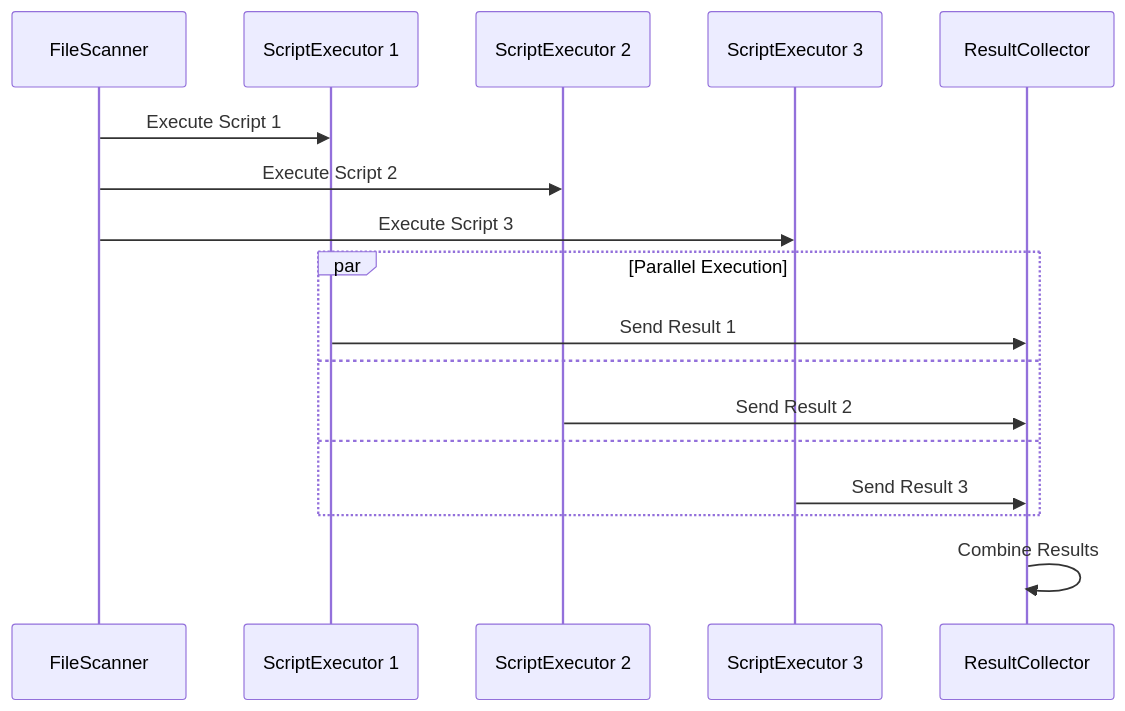
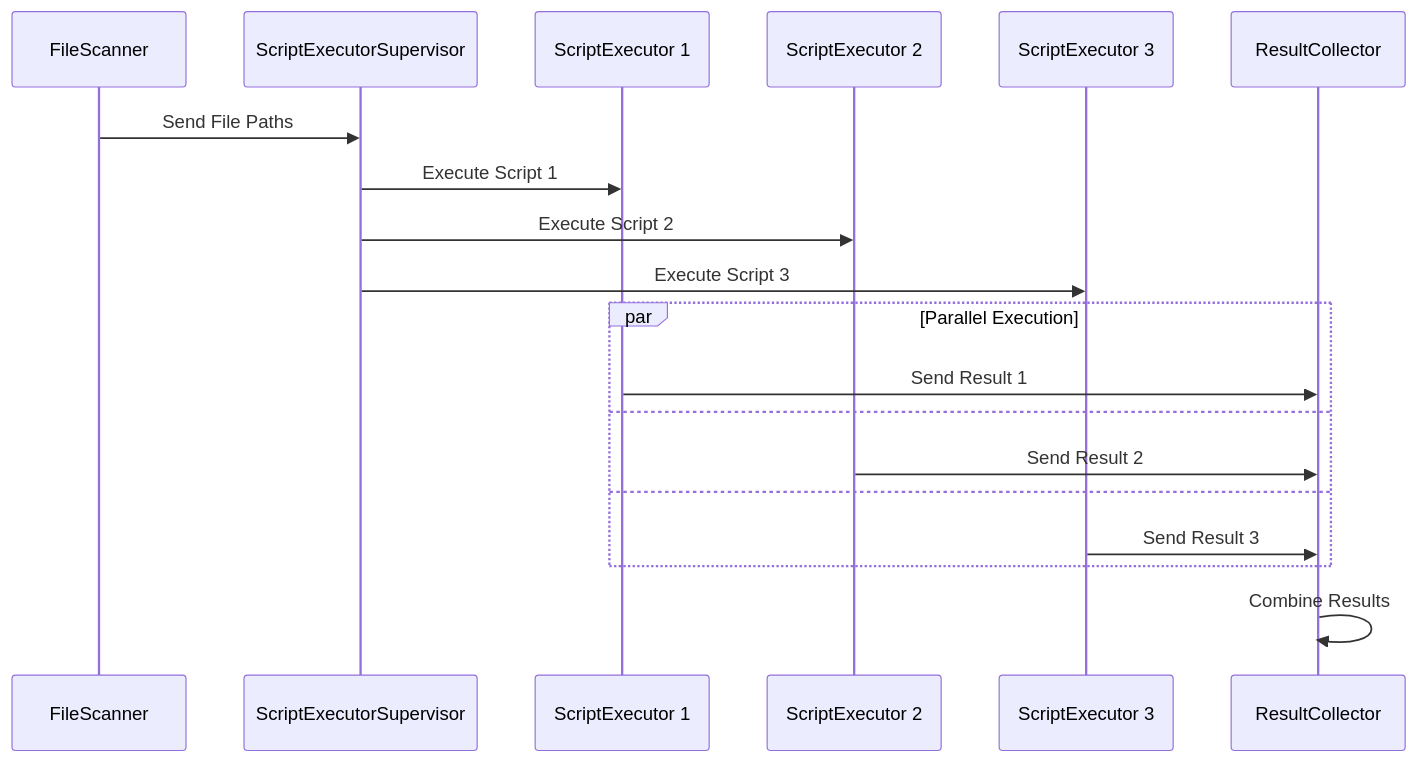
The second of 2 diagrams in diagram.md (edu-samples/elixir-map-reduce-edu-filebased), drawn with Mermaid before and after one commit. The commit also changed other lines of this file and 1 other file, not shown here.

Commit message:
docs: update README and diagram to reflect worker pool implementation

````diff
--- a/diagram.md
+++ b/diagram.md
@@ -18,22 +19,24 @@
 ```mermaid
 sequenceDiagram
     participant FS as FileScanner
+    participant SES as ScriptExecutorSupervisor
     participant SE1 as ScriptExecutor 1
     participant SE2 as ScriptExecutor 2
     participant SE3 as ScriptExecutor 3
     participant RC as ResultCollector
 
-    FS->>SE1: Execute Script 1
-    FS->>SE2: Execute Script 2
-    FS->>SE3: Execute Script 3
+    FS->>SES: Send File Paths
+    SES->>SE1: Execute Script 1
+    SES->>SE2: Execute Script 2
+    SES->>SE3: Execute Script 3
 
     par Parallel Execution
         SE1->>RC: Send Result 1
     and
         SE2->>RC: Send Result 2
     and
         SE3->>RC: Send Result 3
     end
 
     RC->>RC: Combine Results
 ```
````
